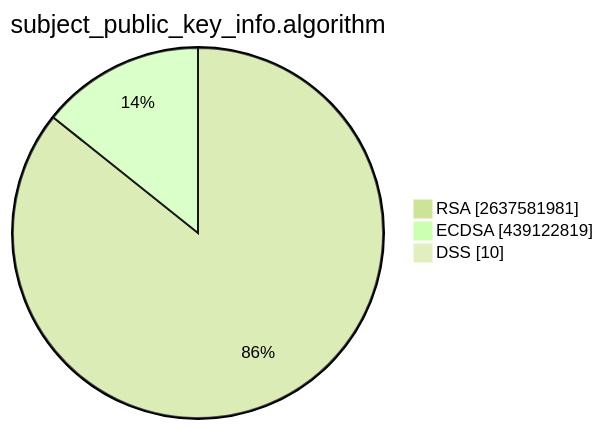
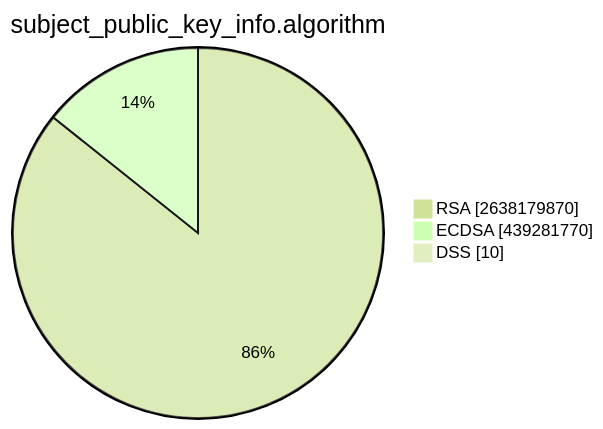
The second of 15 diagrams in TOTAL/README.md (christiankrug/ctmonitor_visualization), drawn with Mermaid (forest theme) before and after one commit. The commit also changed other lines of this file, not shown here.

````diff
--- a/TOTAL/README.md
+++ b/TOTAL/README.md
@@ -6,7 +6,7 @@
 ```mermaid
 pie showData
 title subject_public_key_info.algorithm
-"RSA" :2637581981
-"ECDSA" :439122819
+"RSA" :2638179870
+"ECDSA" :439281770
 "DSS" :10
 ```
````
